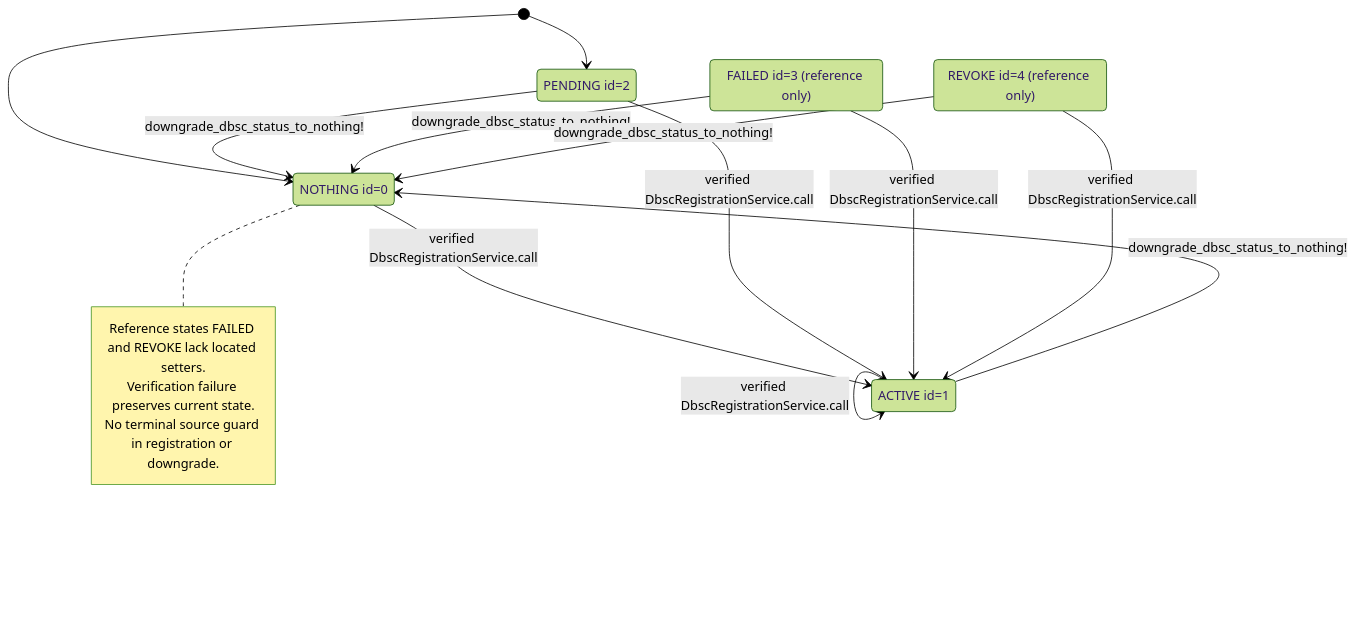
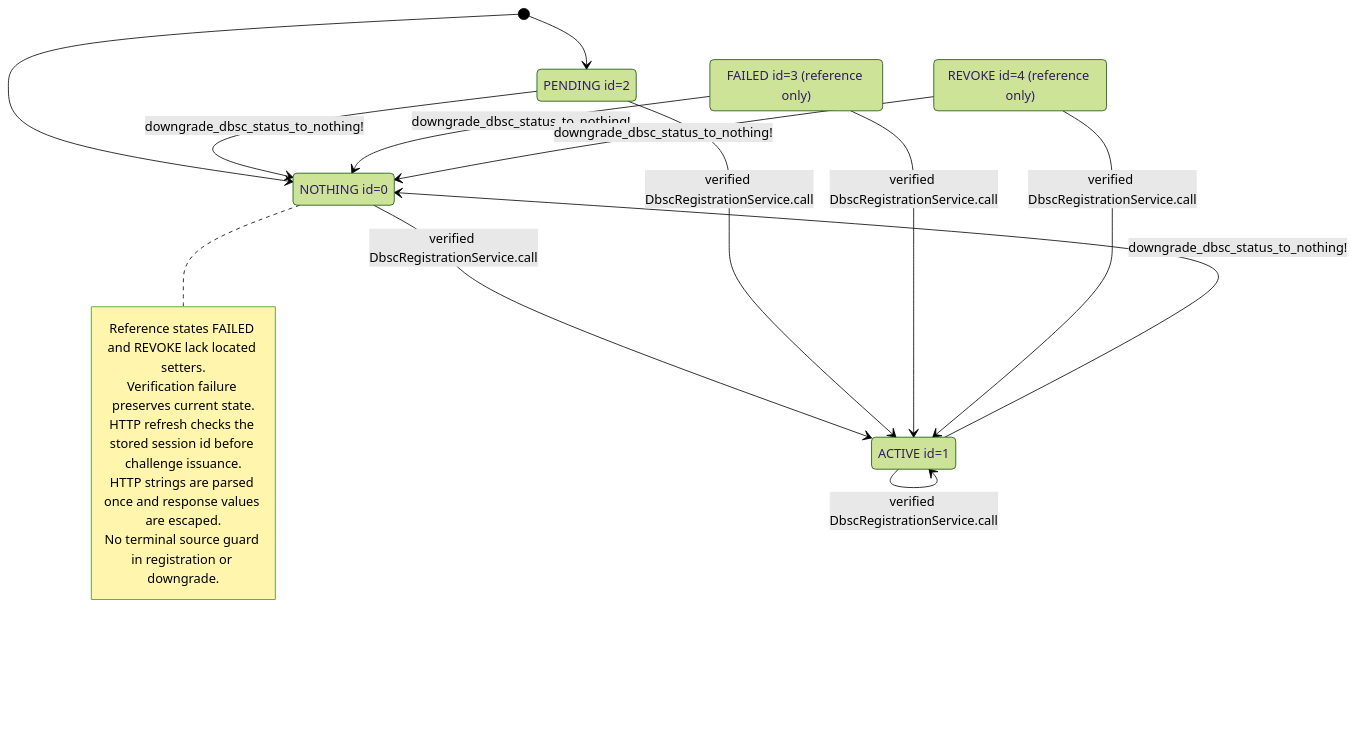
Before and after one commit to seahal/umaxica-apps-jit-global: the diagram in docs/mermaid/idp-client-dbsc.mmd, drawn with Mermaid (forest theme). The commit also changed 398 other files, not shown here.

```diff
--- a/docs/mermaid/idp-client-dbsc.mmd
+++ b/docs/mermaid/idp-client-dbsc.mmd
@@ -1,23 +1,25 @@
 stateDiagram-v2
     %% CURRENT implementation; sources and guards in transition inventory.
     state "NOTHING id=0" as NOTHING
     state "ACTIVE id=1" as ACTIVE
     state "PENDING id=2" as PENDING
     state "FAILED id=3 (reference only)" as FAILED
     state "REVOKE id=4 (reference only)" as REVOKE
     [*] --> NOTHING
     [*] --> PENDING
     NOTHING --> ACTIVE: verified DbscRegistrationService.call
     ACTIVE --> ACTIVE: verified DbscRegistrationService.call
     ACTIVE --> NOTHING: downgrade_dbsc_status_to_nothing!
     PENDING --> ACTIVE: verified DbscRegistrationService.call
     PENDING --> NOTHING: downgrade_dbsc_status_to_nothing!
     FAILED --> ACTIVE: verified DbscRegistrationService.call
     FAILED --> NOTHING: downgrade_dbsc_status_to_nothing!
     REVOKE --> ACTIVE: verified DbscRegistrationService.call
     REVOKE --> NOTHING: downgrade_dbsc_status_to_nothing!
     note right of NOTHING
         Reference states FAILED and REVOKE lack located setters.
         Verification failure preserves current state.
+        HTTP refresh checks the stored session id before challenge issuance.
+        HTTP strings are parsed once and response values are escaped.
         No terminal source guard in registration or downgrade.
     end note
```
